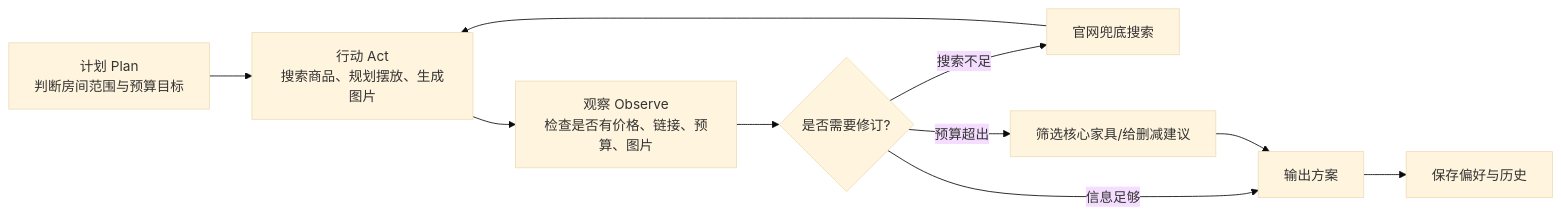
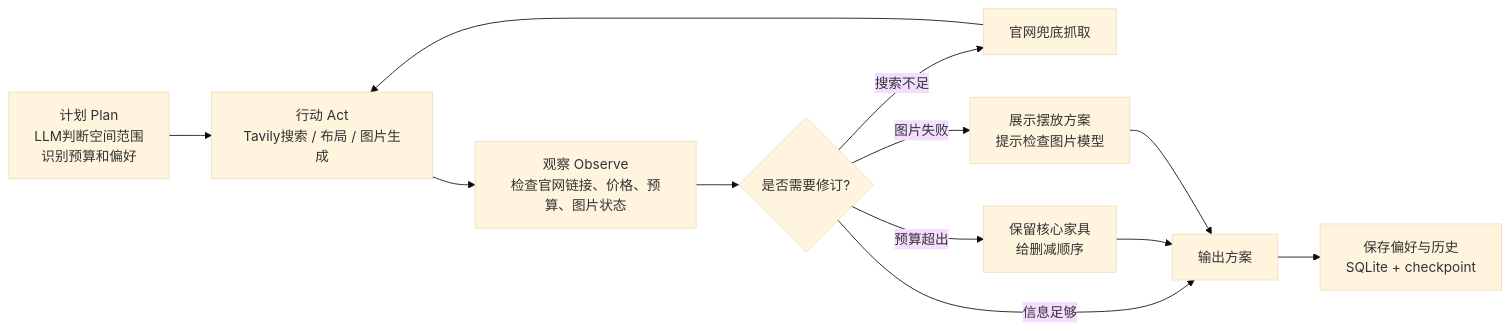
Before and after one commit to canvas0607/hpu-dsci5800-final: the fifth of 5 diagrams in docs/agent_workflow_analysis.md, drawn with Mermaid (base theme). The commit also changed other lines of this file, not shown here.

````diff
--- a/docs/agent_workflow_analysis.md
+++ b/docs/agent_workflow_analysis.md
@@ -133,12 +146,14 @@
 ```mermaid
 flowchart LR
-    Plan["计划 Plan<br/>判断房间范围与预算目标"] --> Act["行动 Act<br/>搜索商品、规划摆放、生成图片"]
-    Act --> Observe["观察 Observe<br/>检查是否有价格、链接、预算、图片"]
+    Plan["计划 Plan<br/>LLM判断空间范围<br/>识别预算和偏好"] --> Act["行动 Act<br/>Tavily搜索 / 布局 / 图片生成"]
+    Act --> Observe["观察 Observe<br/>检查官网链接、价格、预算、图片状态"]
     Observe --> Revise{"是否需要修订?"}
-    Revise -->|搜索不足| Fallback["官网兜底搜索"]
-    Revise -->|预算超出| Budget["筛选核心家具/给删减建议"]
+    Revise -->|搜索不足| Fallback["官网兜底抓取"]
+    Revise -->|预算超出| Budget["保留核心家具<br/>给删减顺序"]
+    Revise -->|图片失败| VisualFallback["展示摆放方案<br/>提示检查图片模型"]
     Revise -->|信息足够| Answer["输出方案"]
     Fallback --> Act
     Budget --> Answer
-    Answer --> Memory["保存偏好与历史"]
+    VisualFallback --> Answer
+    Answer --> Memory["保存偏好与历史<br/>SQLite + checkpoint"]
 ```
````
